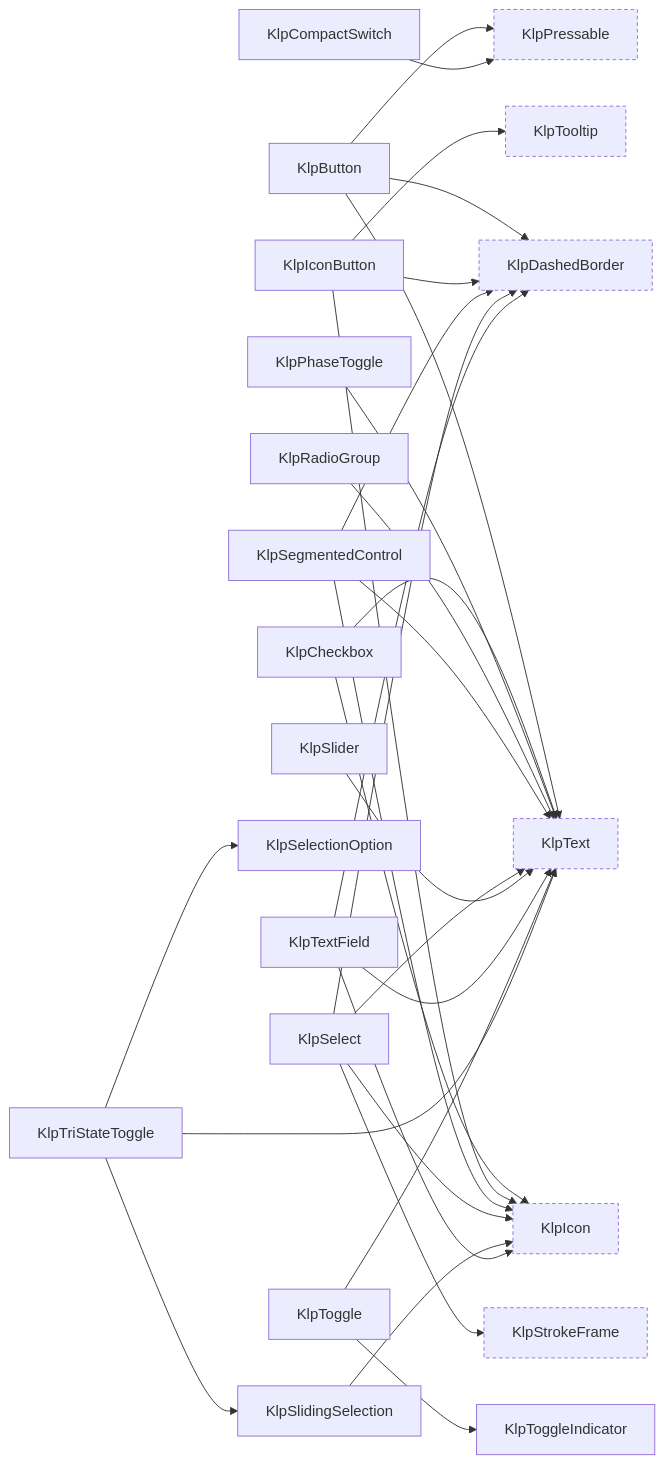
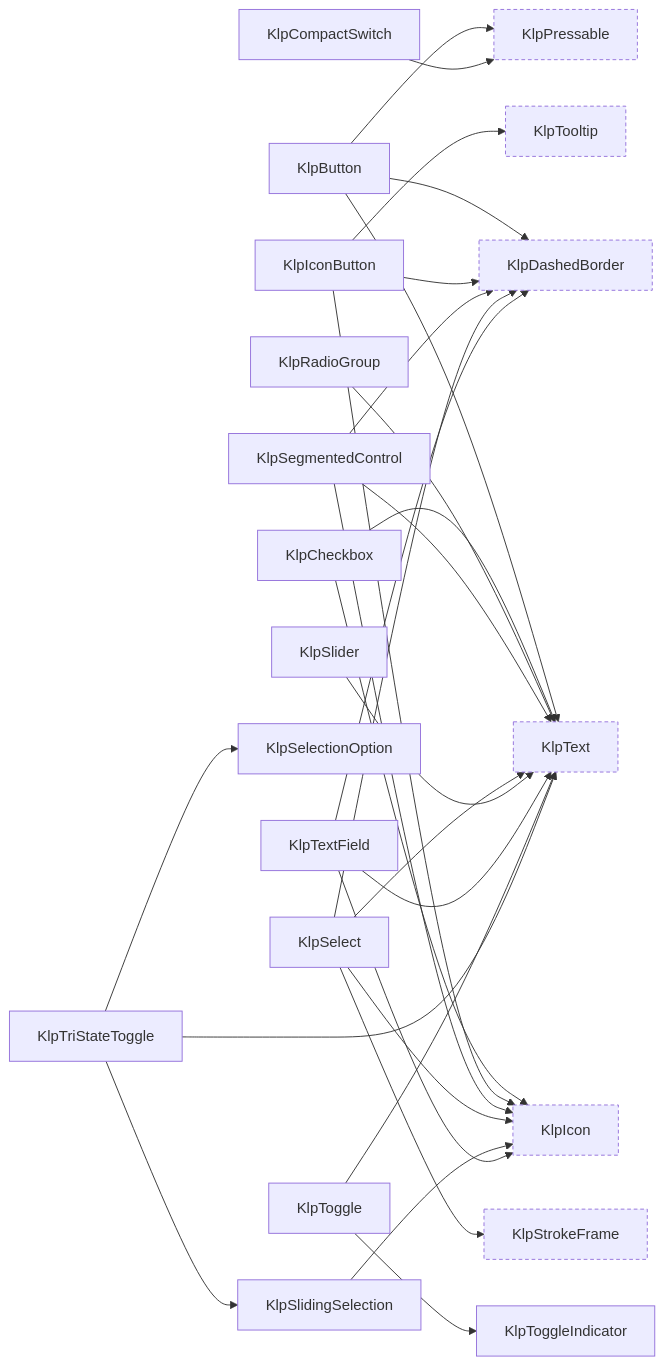
Before and after one commit to MiuDog/Kallopis: the ninth of 17 diagrams in spec/component-inventory.md, drawn with Mermaid. The commit also changed other lines of this file and 5 other files, not shown here.

````diff
--- a/spec/component-inventory.md
+++ b/spec/component-inventory.md
@@ -425,53 +411,51 @@
 ```mermaid
 graph LR
   KlpButton["KlpButton"]
   KlpCheckbox["KlpCheckbox"]
   KlpCompactSwitch["KlpCompactSwitch"]
   KlpDashedBorder["KlpDashedBorder"]:::external
   KlpIcon["KlpIcon"]:::external
   KlpIconButton["KlpIconButton"]
-  KlpPhaseToggle["KlpPhaseToggle"]
   KlpPressable["KlpPressable"]:::external
   KlpRadioGroup["KlpRadioGroup"]
   KlpSegmentedControl["KlpSegmentedControl"]
   KlpSelect["KlpSelect"]
   KlpSelectionOption["KlpSelectionOption"]
   KlpSlider["KlpSlider"]
   KlpSlidingSelection["KlpSlidingSelection"]
   KlpStrokeFrame["KlpStrokeFrame"]:::external
   KlpText["KlpText"]:::external
   KlpTextField["KlpTextField"]
   KlpToggle["KlpToggle"]
   KlpToggleIndicator["KlpToggleIndicator"]
   KlpTooltip["KlpTooltip"]:::external
   KlpTriStateToggle["KlpTriStateToggle"]
   KlpButton --> KlpDashedBorder
   KlpButton --> KlpPressable
   KlpButton --> KlpText
   KlpCheckbox --> KlpIcon
   KlpCheckbox --> KlpText
   KlpCompactSwitch --> KlpPressable
   KlpIconButton --> KlpDashedBorder
   KlpIconButton --> KlpIcon
   KlpIconButton --> KlpTooltip
-  KlpPhaseToggle --> KlpText
   KlpRadioGroup --> KlpText
   KlpSegmentedControl --> KlpDashedBorder
   KlpSegmentedControl --> KlpIcon
   KlpSegmentedControl --> KlpText
   KlpSelect --> KlpDashedBorder
   KlpSelect --> KlpIcon
   KlpSelect --> KlpStrokeFrame
   KlpSelect --> KlpText
   KlpSlider --> KlpText
   KlpSlidingSelection --> KlpIcon
   KlpTextField --> KlpDashedBorder
   KlpTextField --> KlpIcon
   KlpTextField --> KlpText
   KlpToggle --> KlpText
   KlpToggle --> KlpToggleIndicator
   KlpTriStateToggle --> KlpSelectionOption
   KlpTriStateToggle --> KlpSlidingSelection
   KlpTriStateToggle --> KlpText
   classDef external stroke-dasharray: 4 3;
 ```
````
